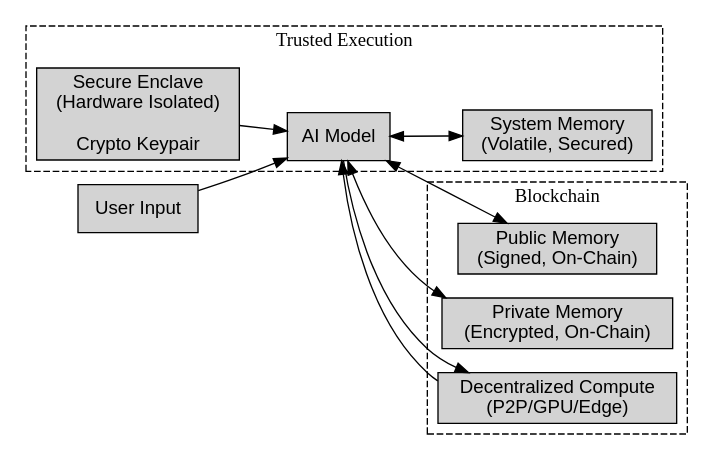
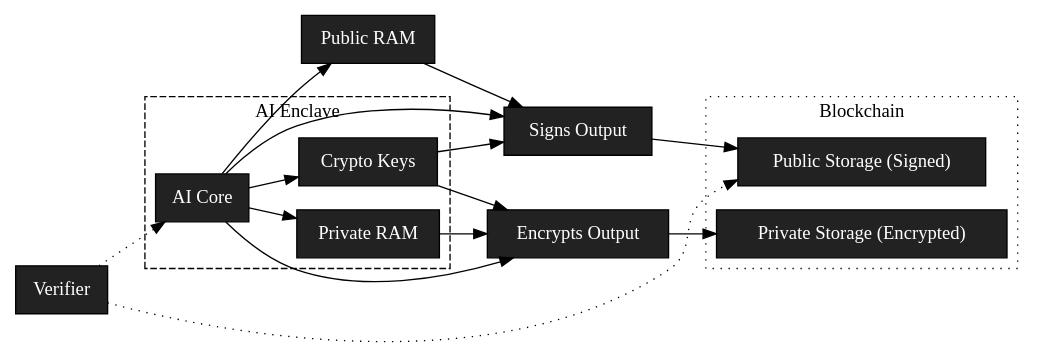
The diagram in graph.dot (vitamingum/sovereign-ai), drawn with Graphviz before and after one commit.

```diff
--- a/graph.dot
+++ b/graph.dot
@@ -1,36 +1,36 @@
 digraph SovereignAI {
-  rankdir=LR;
-  node [shape=box, style=filled, fillcolor=lightgray, fontname=Helvetica];
+    rankdir=LR;
+    node [shape=box, style=filled, fillcolor="#222222", fontcolor=white];
 
-  SecureEnclave    [label="Secure Enclave\n(Hardware Isolated)\n\nCrypto Keypair"];
-  AIModel          [label="AI Model"];
-  SystemMemory     [label="System Memory\n(Volatile, Secured)"];
-  PublicMemory     [label="Public Memory\n(Signed, On-Chain)"];
-  PrivateMemory    [label="Private Memory\n(Encrypted, On-Chain)"];
-  DecentralizedNet [label="Decentralized Compute\n(P2P/GPU/Edge)"];
-  UserInput        [label="User Input"];
+    subgraph cluster_enclave {
+        label="AI Enclave";
+        style=dashed;
+        "AI Core";
+        "Crypto Keys";
+        "Private RAM";
+    }
 
-  UserInput -> AIModel;
-  SecureEnclave -> AIModel;
-  AIModel -> SystemMemory [dir=both];
-  AIModel -> PublicMemory [dir=both];
-  AIModel -> PrivateMemory [dir=both];
-  AIModel -> DecentralizedNet;
-  DecentralizedNet -> AIModel;
+    "AI Core" -> "Crypto Keys";
+    "AI Core" -> "Private RAM";
 
-  subgraph cluster_secure {
-    label = "Trusted Execution";
-    style = dashed;
-    SecureEnclave;
-    AIModel;
-    SystemMemory;
-  }
+    "AI Core" -> "Public RAM";
+    "AI Core" -> "Signs Output" -> "Public Storage (Signed)";
+    "AI Core" -> "Encrypts Output" -> "Private Storage (Encrypted)";
 
-  subgraph cluster_external {
-    label = "Blockchain";
-    style = dashed;
-    PublicMemory;
-    PrivateMemory;
-    DecentralizedNet;
-  }
+    "Crypto Keys" -> "Signs Output";
+    "Crypto Keys" -> "Encrypts Output";
+
+    "Public RAM" -> "Signs Output";
+    "Private RAM" -> "Encrypts Output";
+
+    subgraph cluster_blockchain {
+        label="Blockchain";
+        style=dotted;
+        "Public Storage (Signed)";
+        "Private Storage (Encrypted)";
+    }
+
+    edge [style=dotted];
+    "Verifier" -> "Public Storage (Signed)";
+    "Verifier" -> "AI Core";
 }
```
